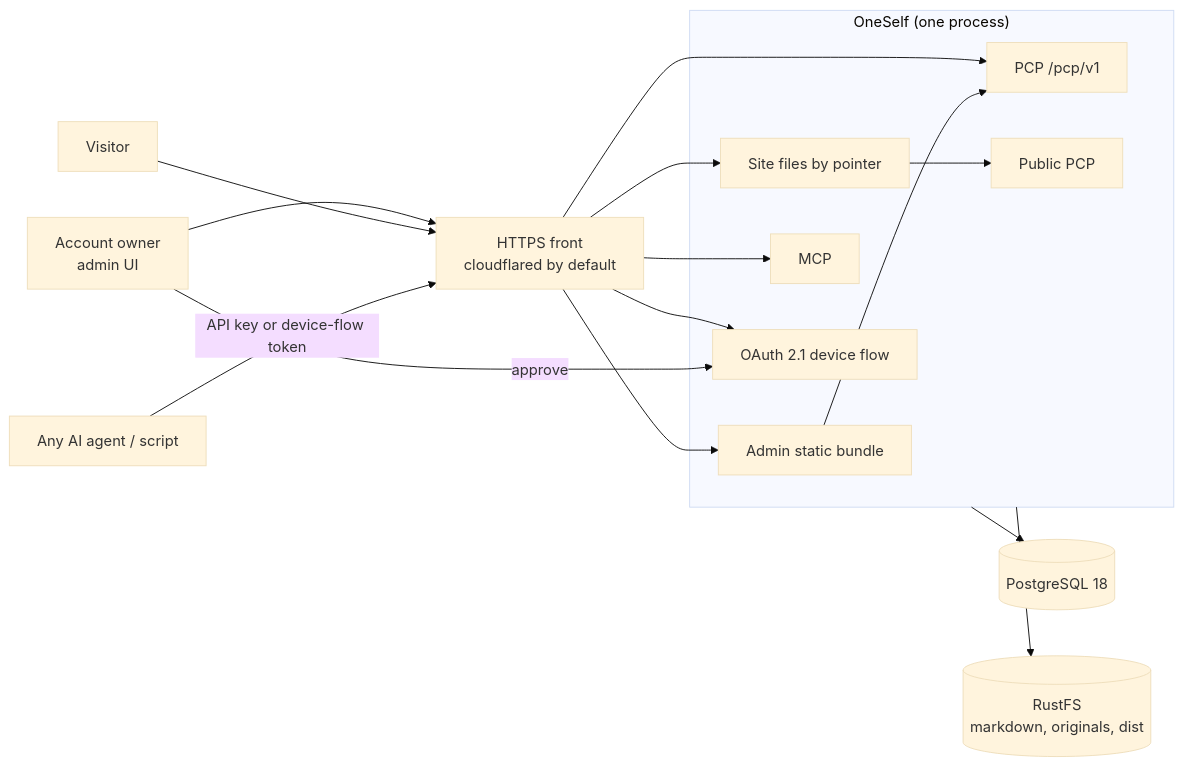
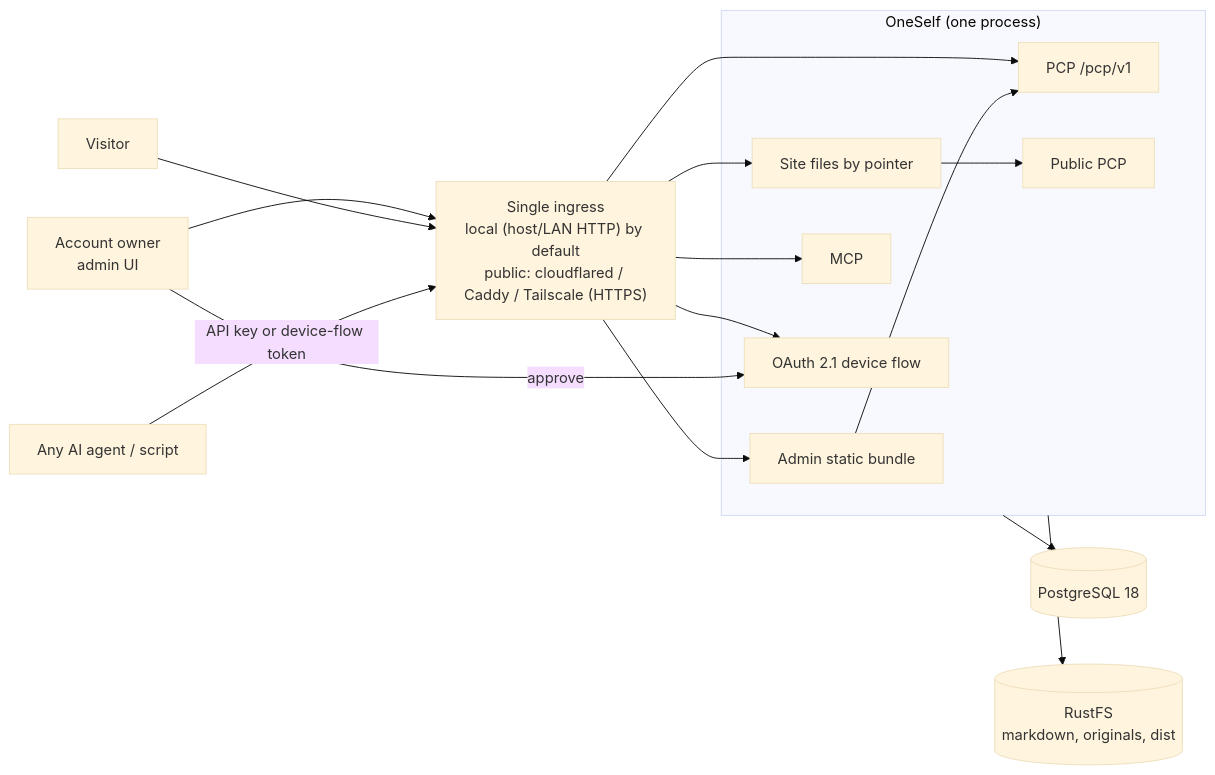
One commit to ptonlix/OneSelf changed the second of 2 diagrams in docs/ARCHITECTURE.md. Above: the diagram before and after it, drawn with Mermaid (base theme). The commit also changed other lines of this file and 25 other files, not shown here.

First line of the commit message:
Default to local/LAN ingress, show download progress, auto-pick HOST_PORT

````diff
--- a/docs/ARCHITECTURE.md
+++ b/docs/ARCHITECTURE.md
@@ -84,31 +84,31 @@
 ```mermaid
 flowchart LR
     Owner["Account owner<br/>admin UI"]
     Visitor["Visitor"]
     Agent["Any AI agent / script"]
-    Front["HTTPS front<br/>cloudflared by default"]
+    Front["Single ingress<br/>local (host/LAN HTTP) by default<br/>public: cloudflared / Caddy / Tailscale (HTTPS)"]
 
     subgraph App["OneSelf (one process)"]
         Admin["Admin static bundle"]
         Sites["Site files by pointer"]
         API["PCP /pcp/v1"]
         Public["Public PCP"]
         MCP["MCP"]
         OAuth["OAuth 2.1 device flow"]
     end
 
     Owner --> Front
     Visitor --> Front
     Agent -->|API key or device-flow token| Front
     Front --> Admin
     Front --> Sites
     Front --> API
     Front --> MCP
     Front --> OAuth
     Admin --> API
     Sites --> Public
     Owner -->|approve| OAuth
 
     App --> PG[("PostgreSQL 18")]
     App --> Blob[("RustFS<br/>markdown, originals, dist")]
 ```
````
